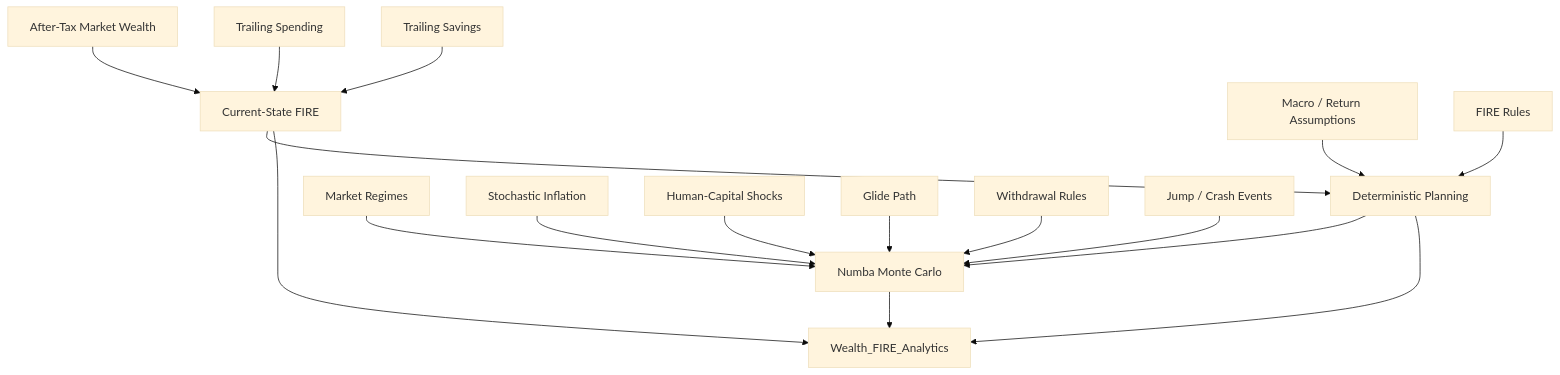
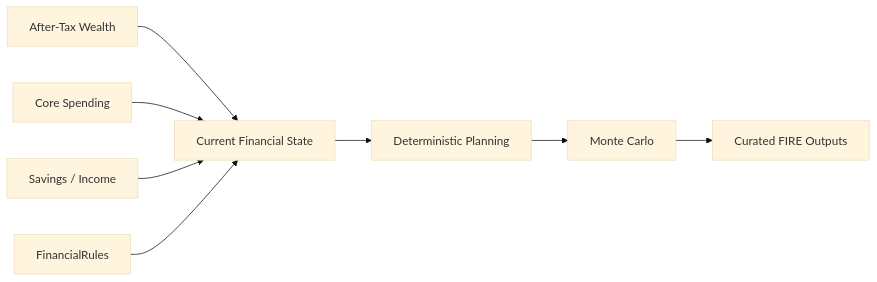
Before and after one commit to tks18/personal-finance-etl: the first of 3 diagrams in docs/finance/fire-methodology.md, drawn with Mermaid (base theme). The commit also changed other lines of this file and 5 other files, not shown here.

````diff
--- a/docs/finance/fire-methodology.md
+++ b/docs/finance/fire-methodology.md
@@ -31,22 +7,11 @@
 ```mermaid
-flowchart TB
-    NW["After-Tax Market Wealth"] --> CUR["Current-State FIRE"]
-    SP["Trailing Spending"] --> CUR
-    SV["Trailing Savings"] --> CUR
+flowchart LR
+    WEALTH["After-Tax Wealth"] --> STATE["Current Financial State"]
+    SPEND["Core Spending"] --> STATE
+    SAVE["Savings / Income"] --> STATE
+    RULES["FinancialRules"] --> STATE
 
-    CUR --> DET["Deterministic Planning"]
-    MAC["Macro / Return Assumptions"] --> DET
-    RULES["FIRE Rules"] --> DET
-
-    DET --> MC["Numba Monte Carlo"]
-    REG["Market Regimes"] --> MC
-    INF["Stochastic Inflation"] --> MC
-    HC["Human-Capital Shocks"] --> MC
-    GL["Glide Path"] --> MC
-    WD["Withdrawal Rules"] --> MC
-    JMP["Jump / Crash Events"] --> MC
-
-    MC --> GOLD["Wealth_FIRE_Analytics"]
-    CUR --> GOLD
-    DET --> GOLD
+    STATE --> DET["Deterministic Planning"]
+    DET --> MC["Monte Carlo"]
+    MC --> GOLD["Curated FIRE Outputs"]
 ```
````
